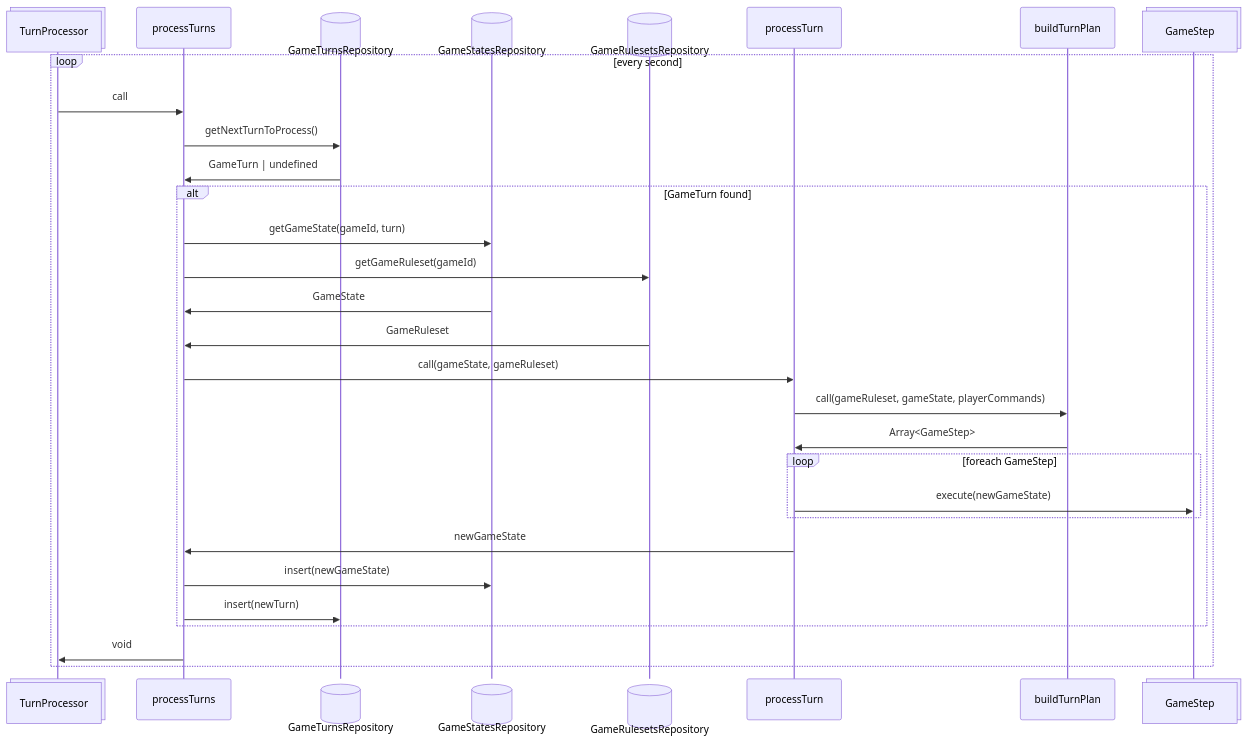
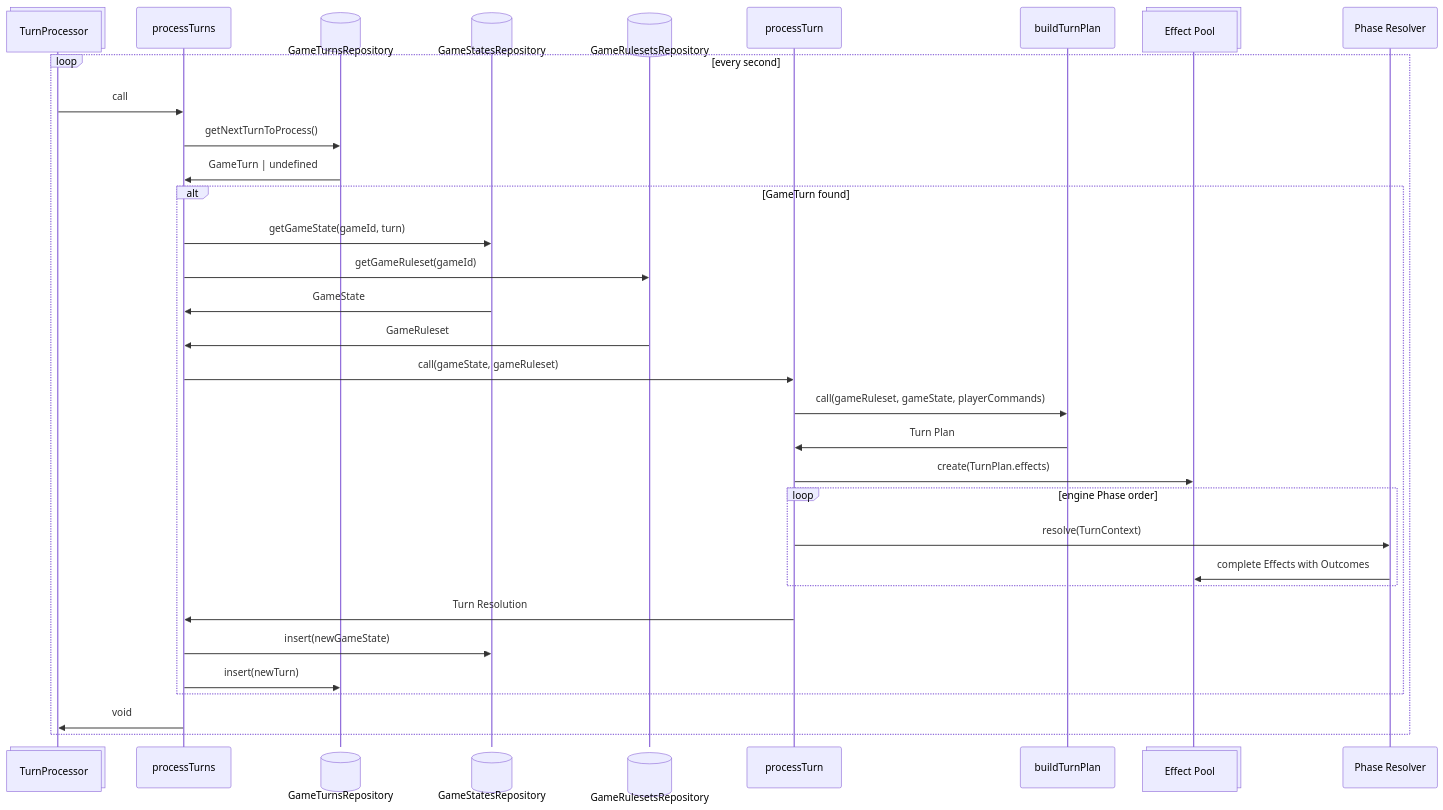
Before and after one commit to Guillaume-Docquier/text-based-browser-game-1: the diagram in docs/architecture/turn-processing.md, drawn with Mermaid. The commit also changed other lines of this file and 34 other files, not shown here.

````diff
--- a/docs/architecture/turn-processing.md
+++ b/docs/architecture/turn-processing.md
@@ -33,32 +35,35 @@
 ```mermaid
 sequenceDiagram
         participant P3@{ "type": "collections" } as TurnProcessor
         participant P4 as processTurns
         participant P1@{ "type": "database" } as GameTurnsRepository
         participant P2@{ "type": "database" } as GameStatesRepository
         participant P6@{ "type": "database" } as GameRulesetsRepository
         participant P5 as processTurn
         participant P8 as buildTurnPlan
-        participant P7@{ "type": "collections" } as GameStep
+        participant P7@{ "type": "collections" } as Effect Pool
+        participant P9 as Phase Resolver
         loop every second
           P3->>P4: call
           P4->>P1: getNextTurnToProcess()
           P1->>P4: GameTurn | undefined
           alt GameTurn found
             P4->>P2: getGameState(gameId, turn)
             P4->>P6: getGameRuleset(gameId)
             P2->>P4: GameState
             P6->>P4: GameRuleset
             P4->>P5: call(gameState, gameRuleset)
             P5->>P8: call(gameRuleset, gameState, playerCommands)
-            P8->>P5: Array<GameStep>
-            loop foreach GameStep
-              P5->>P7: execute(newGameState)
+            P8->>P5: Turn Plan
+            P5->>P7: create(TurnPlan.effects)
+            loop engine Phase order
+              P5->>P9: resolve(TurnContext)
+              P9->>P7: complete Effects with Outcomes
             end
-            P5->>P4: newGameState
+            P5->>P4: Turn Resolution
             P4->>P2: insert(newGameState)
             P4->>P1: insert(newTurn)
           end
           P4->>P3: void
         end
 ```
````
